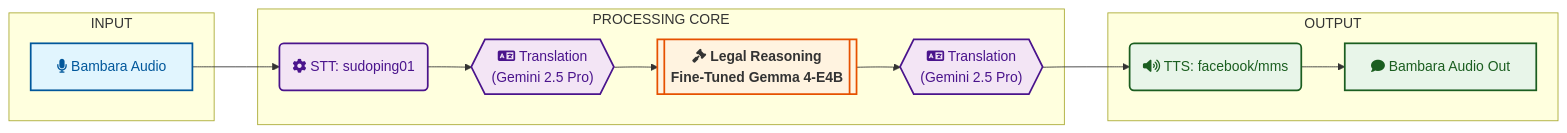
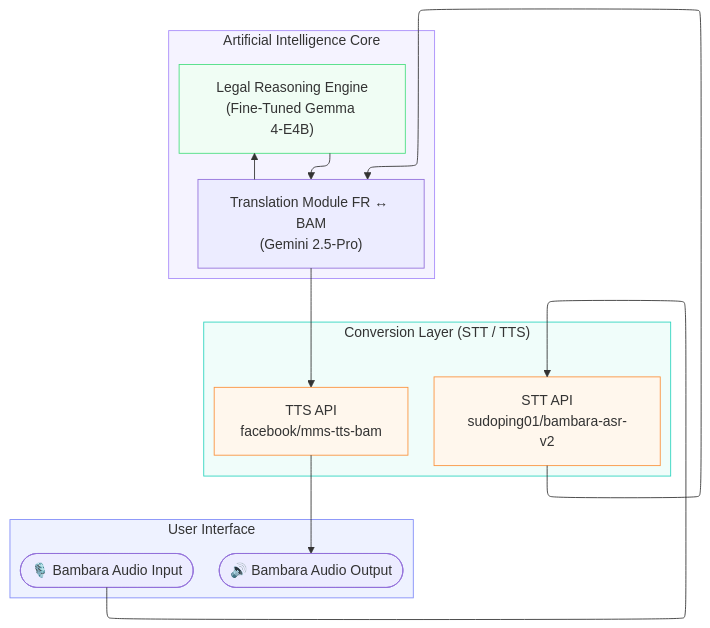
One commit to julienawonga/alia-legal-ai changed the diagram in README.md. Above: the diagram before and after it, drawn with Mermaid.

Commit message:
docs: update Alia system architecture diagram in README

````diff
--- a/README.md
+++ b/README.md
@@ -73,38 +73,45 @@
 ```mermaid
-graph LR
-    %% Définition des styles (Couleurs pastels et pro)
-    classDef input fill:#e1f5fe,stroke:#01579b,stroke-width:2px,color:#01579b;
-    classDef ai fill:#f3e5f5,stroke:#4a148c,stroke-width:2px,color:#4a148c;
-    classDef output fill:#e8f5e9,stroke:#1b5e20,stroke-width:2px,color:#1b5e20;
-    classDef logic fill:#fff3e0,stroke:#e65100,stroke-width:2px,font-weight:bold;
-
-    subgraph "INPUT"
-        A[fa:fa-microphone Bambara Audio]
+---
+config:
+  layout: elk
+---
+flowchart TB
+    subgraph UI["User Interface"]
+      direction LR
+      Mic(["🎙️ Bambara Audio Input"])
+      Speaker(["🔊 Bambara Audio Output"])
     end
 
-    subgraph "PROCESSING CORE"
-        B(fa:fa-gear STT: sudoping01)
-        C{{"fa:fa-language Translation <br/>(Gemini 2.5 Pro)"}}
-        F[[fa:fa-gavel Legal Reasoning <br/>Fine-Tuned Gemma 4-E4B]]
-        G{{"fa:fa-language Translation <br/>(Gemini 2.5 Pro)"}}
+    subgraph Conv["Conversion Layer (STT / TTS)"]
+      direction TB
+      ASR["STT API<br/>sudoping01/bambara-asr-v2"]
+      TTS["TTS API<br/>facebook/mms-tts-bam"]
     end
 
-    subgraph "OUTPUT"
-        H(fa:fa-volume-up TTS: facebook/mms)
-        I[fa:fa-comment Bambara Audio Out]
+    subgraph AI["Artificial Intelligence Core"]
+      direction TB
+      Transl_FR["Translation Module FR ↔ BAM<br/>(Gemini 2.5-Pro)"]
+      Legal["Legal Reasoning Engine<br/>(Fine‑Tuned Gemma 4‑E4B)"]
     end
 
-    %% Connexions
-    A --> B
-    B --> C
-    C --> F
-    F --> G
-    G --> H
-    H --> I
+    %% Data flow
+    Mic --> ASR
+    ASR --> Transl_FR
+    Transl_FR --> Legal
+    Legal --> Transl_FR
+    Transl_FR --> TTS
+    TTS --> Speaker
 
-    %% Application des styles
-    class A input;
-    class B,C,G ai;
-    class F logic;
-    class H,I output;
+    %% Styles
+    classDef ui fill:#eef2ff,stroke:#818cf8
+    classDef conv fill:#f0fdfa,stroke:#2dd4bf
+    classDef ai fill:#f5f3ff,stroke:#a78bfa
+    classDef api fill:#fff7ed,stroke:#fb923c
+    classDef model fill:#f0fdf4,stroke:#4ade80
+
+    class UI ui
+    class Conv conv
+    class AI ai
+    class ASR,TTS api
+    class Legal model
 ```
````
